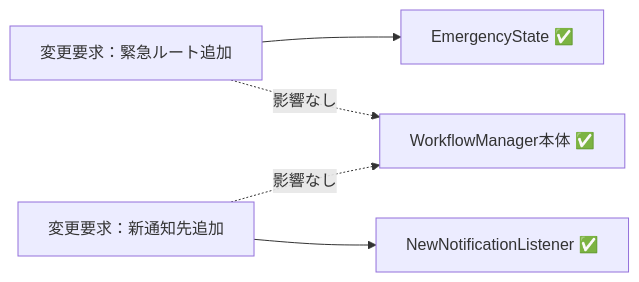
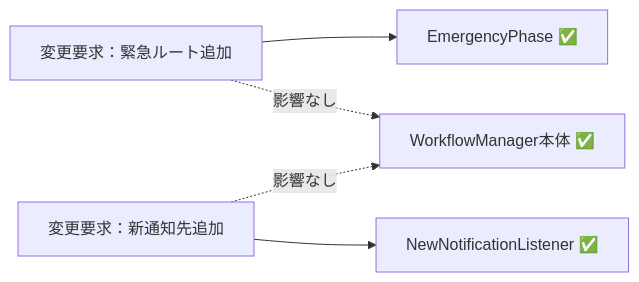
The eighth of 10 diagrams in kindle/design-patterns/output/chapter12.md (kumachan1101-pixel/DesignPattern), drawn with Mermaid before and after one commit. The commit also changed other lines of this file, not shown here.

````diff
--- a/kindle/design-patterns/output/chapter12.md
+++ b/kindle/design-patterns/output/chapter12.md
@@ -1225,9 +1225,9 @@
 ```mermaid
 graph LR
     %% 変更が特定のクラス（判定ルールや状態の実装）に局所化されている
-    T1["変更要求：緊急ルート追加"] --> F1["EmergencyState ✅"]
+    T1["変更要求：緊急ルート追加"] --> F1["EmergencyPhase ✅"]
     T1 -. "影響なし" .-> A["WorkflowManager本体 ✅"]
     T2["変更要求：新通知先追加"] --> F2["NewNotificationListener ✅"]
     T2 -. "影響なし" .-> A
 
 ```
````
